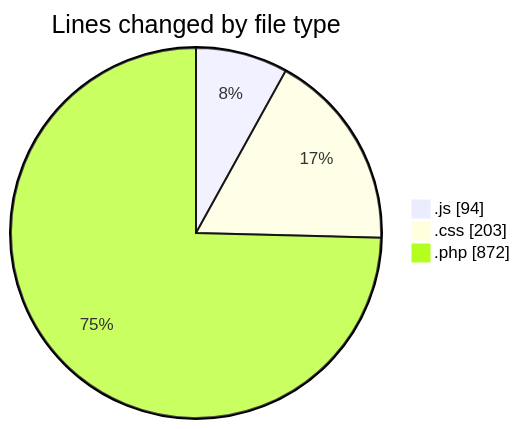
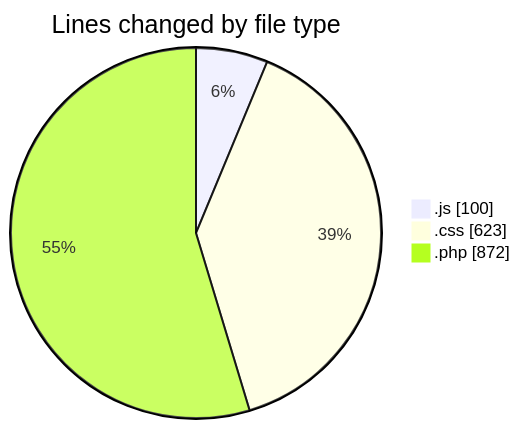
Before and after one commit to lephambinh05/code-tracking: the first of 2 diagrams in 2025-08-25/quytuthien_vn/README.md, drawn with Mermaid. The commit also changed other lines of this file and 1 other file, not shown here.

````diff
--- a/2025-08-25/quytuthien_vn/README.md
+++ b/2025-08-25/quytuthien_vn/README.md
@@ -35,7 +35,7 @@
 ```mermaid
 pie showData
 title Lines changed by file type
-".js" : 94
-".css" : 203
+".js" : 100
+".css" : 623
 ".php" : 872
 ```
````
